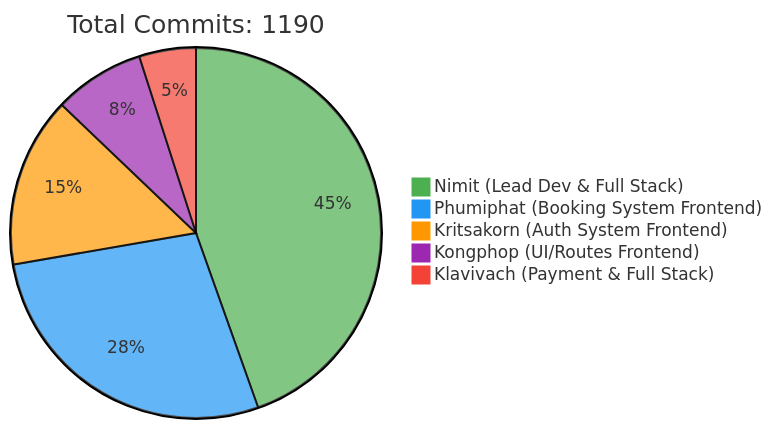
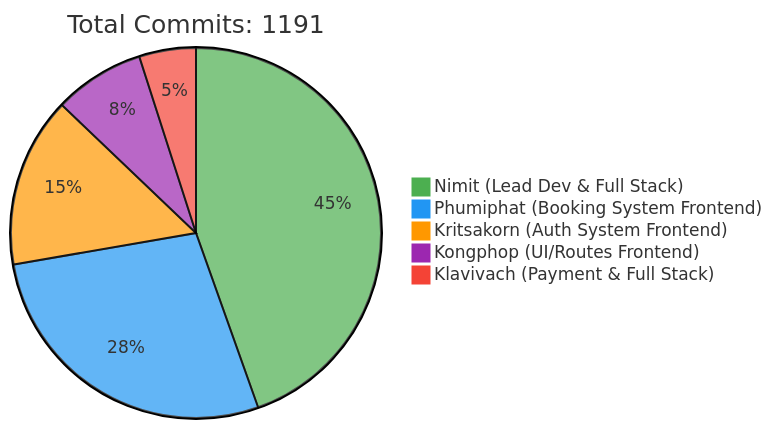
Before and after one commit to 6531503042/Sport-Complex: the first of 2 diagrams in README.md, drawn with Mermaid. The commit also changed other lines of this file, not shown here.

Commit message:
docs: Update contributor statistics [skip ci]

````diff
--- a/README.md
+++ b/README.md
@@ -257,10 +257,10 @@
 ```mermaid
 %%{init: {'theme': 'base', 'themeVariables': { 'pie1': '#4CAF50', 'pie2': '#2196F3', 'pie3': '#FF9800', 'pie4': '#9C27B0', 'pie5': '#F44336'}}}%%
 pie
-    title Total Commits: 1190
+    title Total Commits: 1191
     "Nimit (Lead Dev & Full Stack)" : 450
     "Phumiphat (Booking System Frontend)" : 280
     "Kritsakorn (Auth System Frontend)" : 150
     "Kongphop (UI/Routes Frontend)" : 80
     "Klavivach (Payment & Full Stack)" : 50
 ```
````
